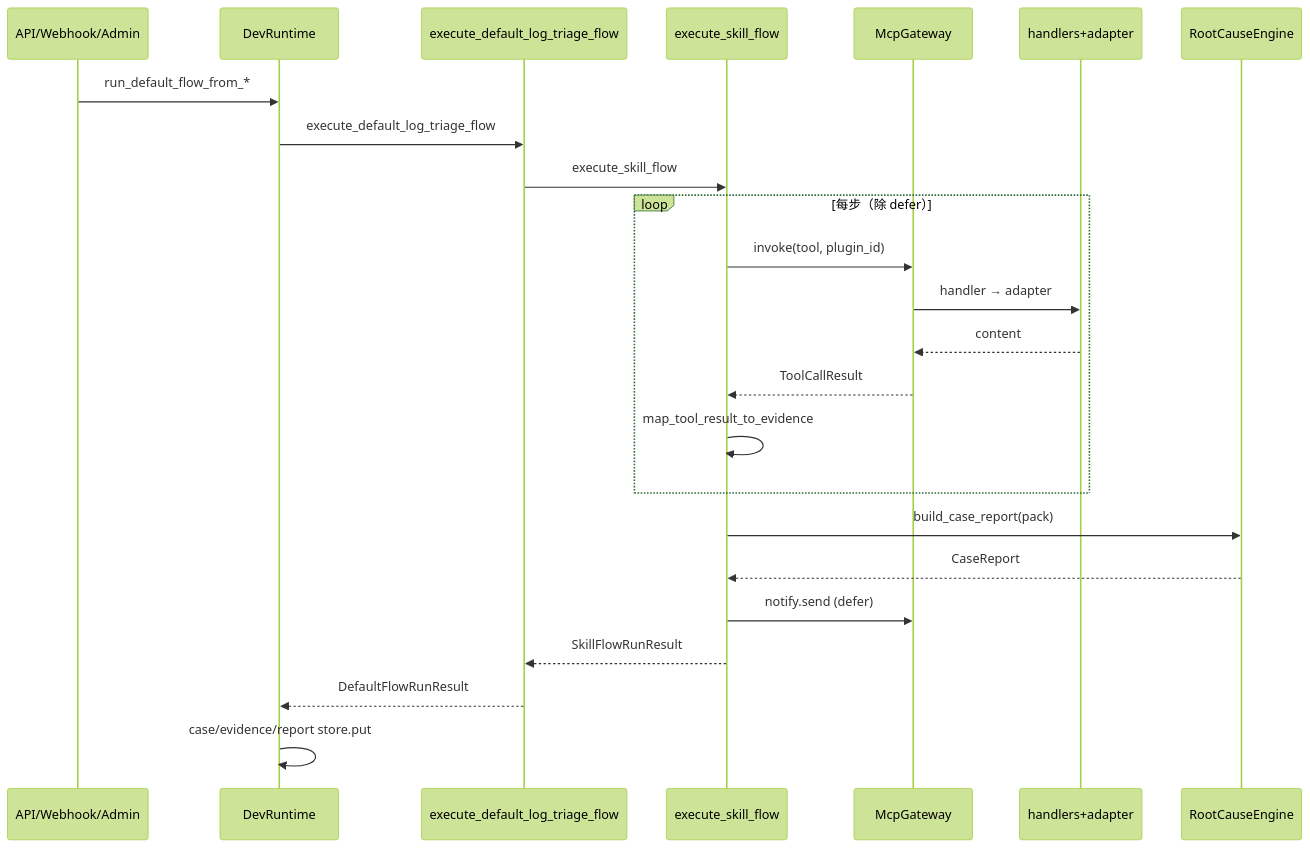
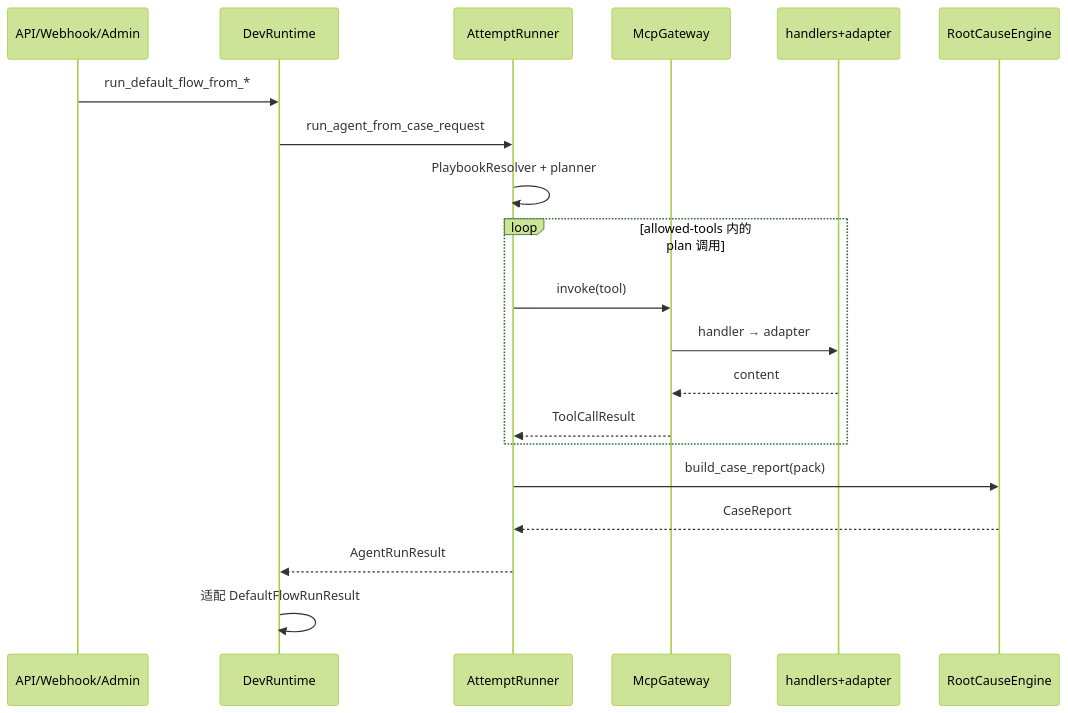
Before and after one commit to iceycn/root-seeker-v2: the second of 2 diagrams in docs/business-logic/03-default-triage-flow.md, drawn with Mermaid (forest theme). The commit also changed other lines of this file and 10 other files, not shown here.

Commit message:
docs(skill): record Agent playbook as default path

````diff
--- a/docs/business-logic/03-default-triage-flow.md
+++ b/docs/business-logic/03-default-triage-flow.md
@@ -336,27 +312,23 @@
 ```mermaid
 sequenceDiagram
     participant Entry as API/Webhook/Admin
     participant DR as DevRuntime
-    participant Run as execute_default_log_triage_flow
-    participant SF as execute_skill_flow
+    participant AR as AttemptRunner
     participant GW as McpGateway
     participant H as handlers+adapter
     participant RC as RootCauseEngine
 
-    Entry->>DR: run_default_flow_from_* 
-    DR->>Run: execute_default_log_triage_flow
-    Run->>SF: execute_skill_flow
-    loop 每步（除 defer）
-        SF->>GW: invoke(tool, plugin_id)
+    Entry->>DR: run_default_flow_from_*
+    DR->>AR: run_agent_from_case_request
+    AR->>AR: PlaybookResolver + planner
+    loop allowed-tools 内的 plan 调用
+        AR->>GW: invoke(tool)
         GW->>H: handler → adapter
         H-->>GW: content
-        GW-->>SF: ToolCallResult
-        SF->>SF: map_tool_result_to_evidence
+        GW-->>AR: ToolCallResult
     end
-    SF->>RC: build_case_report(pack)
-    RC-->>SF: CaseReport
-    SF->>GW: notify.send (defer)
-    SF-->>Run: SkillFlowRunResult
-    Run-->>DR: DefaultFlowRunResult
-    DR->>DR: case/evidence/report store.put
+    AR->>RC: build_case_report(pack)
+    RC-->>AR: CaseReport
+    AR-->>DR: AgentRunResult
+    DR->>DR: 适配 DefaultFlowRunResult
 ```
````
